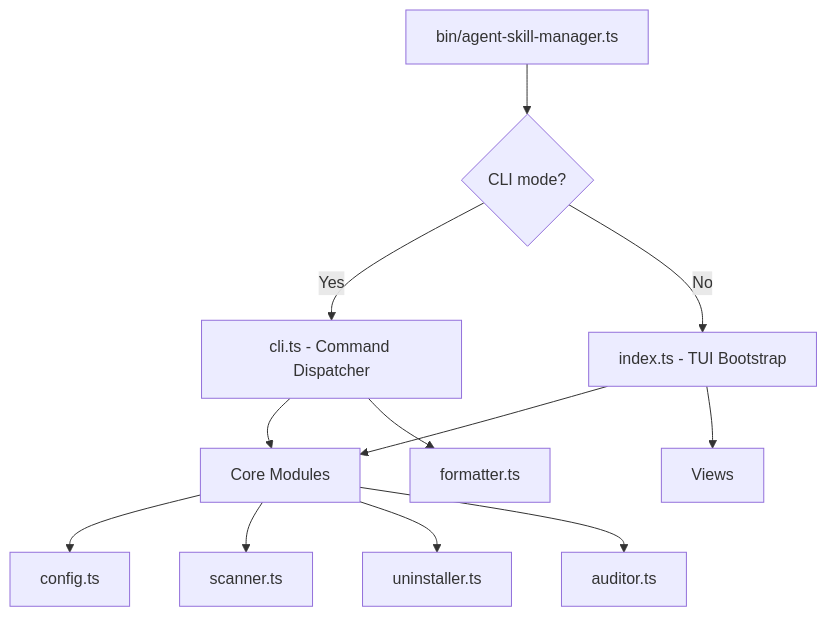
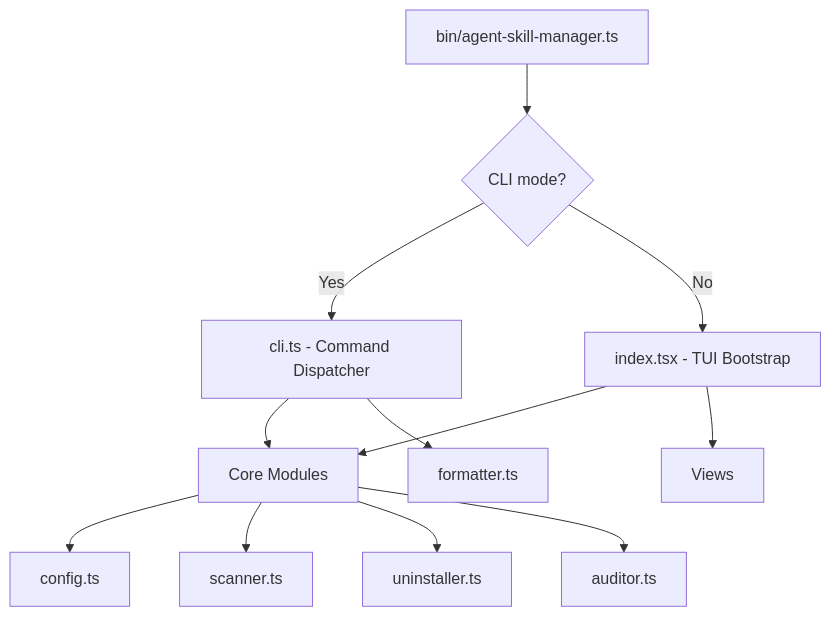
One commit to luongnv89/asm changed the first of 3 diagrams in docs/ARCHITECTURE.md. Above: the diagram before and after it, drawn with Mermaid. The commit also changed other lines of this file and 4 other files, not shown here.

First line of the commit message:
docs(architecture): align ARCHITECTURE.md with the commands/ layout (#681) (#685)

````diff
--- a/docs/ARCHITECTURE.md
+++ b/docs/ARCHITECTURE.md
@@ -7,14 +7,14 @@
 ```mermaid
 graph TD
     A[bin/agent-skill-manager.ts] --> B{CLI mode?}
     B -->|Yes| C[cli.ts - Command Dispatcher]
-    B -->|No| D[index.ts - TUI Bootstrap]
+    B -->|No| D[index.tsx - TUI Bootstrap]
     C --> E[Core Modules]
     D --> E
     E --> F[config.ts]
     E --> G[scanner.ts]
     E --> H[uninstaller.ts]
     E --> I[auditor.ts]
     D --> J[Views]
     C --> K[formatter.ts]
 ```
````
